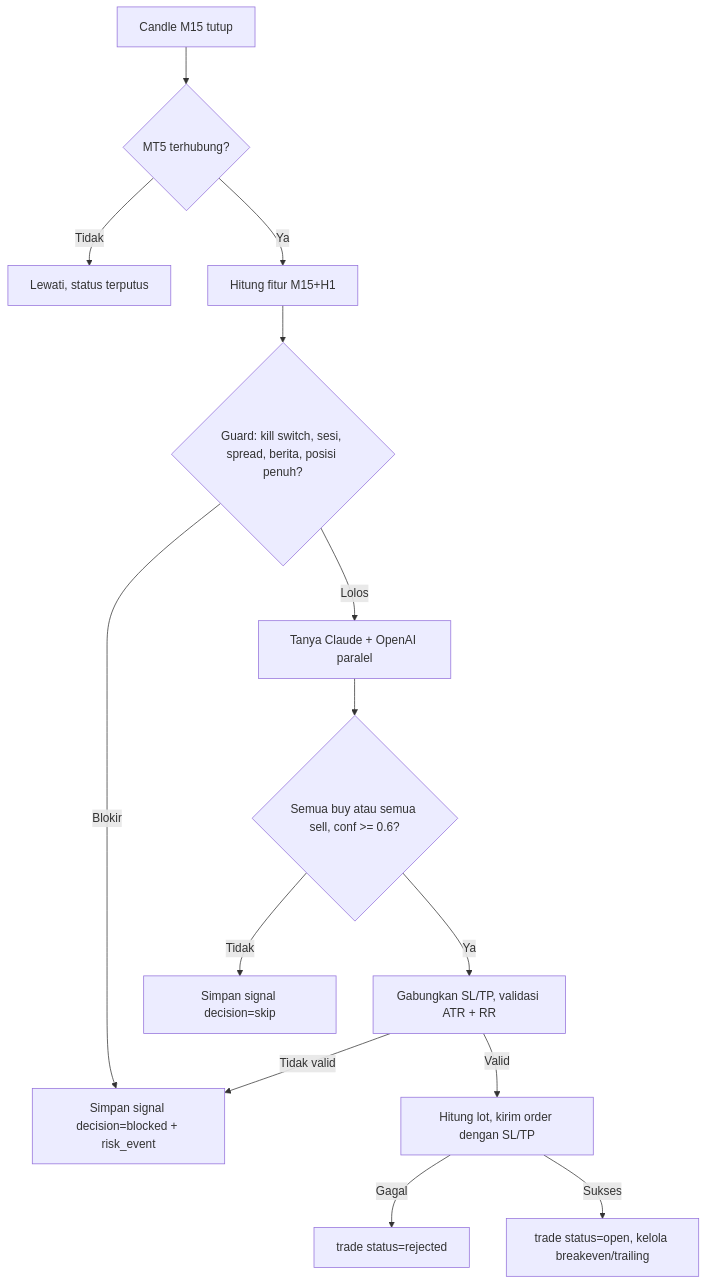
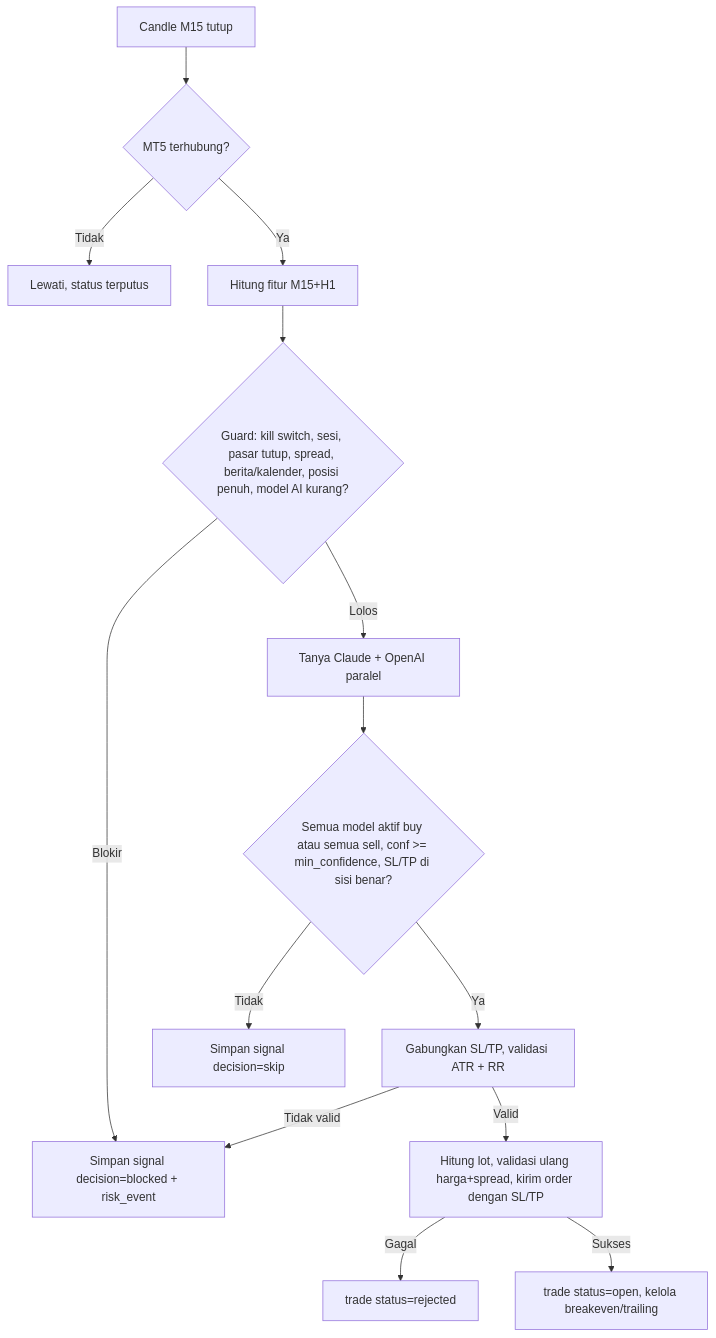
Before and after one commit to rifan6juli-svg/tradingbot: the second of 2 diagrams in docs/AFD.md, drawn with Mermaid. The commit also changed other lines of this file and 6 other files, not shown here.

````diff
--- a/docs/AFD.md
+++ b/docs/AFD.md
@@ -27,16 +27,16 @@
 ```mermaid
 flowchart TD
   A[Candle M15 tutup] --> B{MT5 terhubung?}
   B -- Tidak --> X1[Lewati, status terputus]
   B -- Ya --> C[Hitung fitur M15+H1]
-  C --> D{Guard: kill switch, sesi, spread, berita, posisi penuh?}
+  C --> D{Guard: kill switch, sesi, pasar tutup, spread, berita/kalender, posisi penuh, model AI kurang?}
   D -- Blokir --> X2[Simpan signal decision=blocked + risk_event]
   D -- Lolos --> E[Tanya Claude + OpenAI paralel]
-  E --> F{Semua buy atau semua sell, conf >= 0.6?}
+  E --> F{Semua model aktif buy atau semua sell, conf >= min_confidence, SL/TP di sisi benar?}
   F -- Tidak --> X3[Simpan signal decision=skip]
   F -- Ya --> G[Gabungkan SL/TP, validasi ATR + RR]
   G -- Tidak valid --> X2
-  G -- Valid --> H[Hitung lot, kirim order dengan SL/TP]
+  G -- Valid --> H[Hitung lot, validasi ulang harga+spread, kirim order dengan SL/TP]
   H -- Gagal --> X4[trade status=rejected]
   H -- Sukses --> I[trade status=open, kelola breakeven/trailing]
 ```
````
